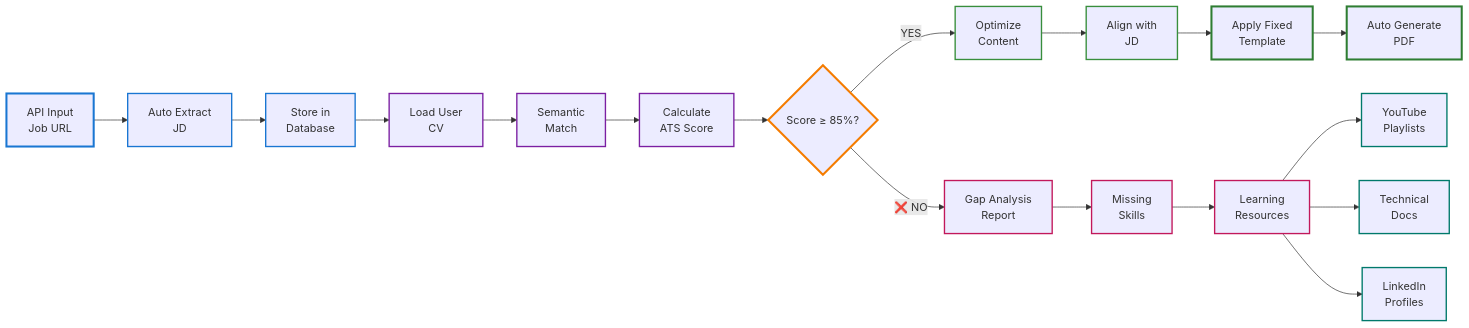
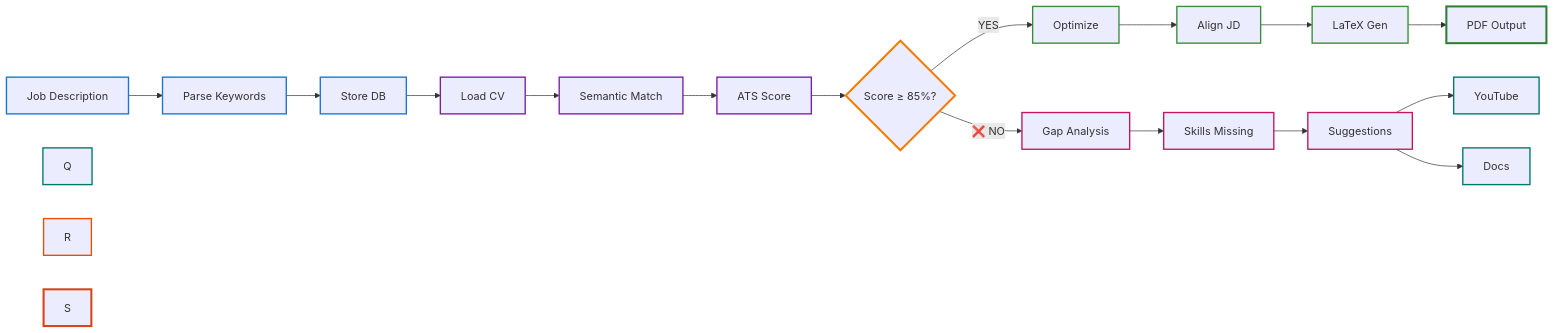
One commit to Kaviya242709/Resume-Builder- changed the second of 2 diagrams in README.md. Above: the diagram before and after it, drawn with Mermaid. The commit also changed other lines of this file, not shown here.

````diff
--- a/README.md
+++ b/README.md
@@ -58,46 +51,49 @@
 ```mermaid
 graph LR
-    A["API Input<br/>Job URL"] --> B["Auto Extract<br/>JD"]
-    B --> C["Store in<br/>Database"]
-    C --> D["Load User<br/>CV"]
-    D --> E["Semantic<br/>Match"]
-    E --> F["Calculate<br/>ATS Score"]
+    A["Job Description"] --> B["Parse Keywords"]
+    B --> C["Store DB"]
+    C --> D["Load CV"]
+    D --> E["Semantic Match"]
+    E --> F["ATS Score"]
     
     F --> G{Score ≥ 85%?}
     
-    G -->|YES| H["Optimize<br/>Content"]
-    H --> I["Align with<br/>JD"]
-    I --> J["Apply Fixed<br/>Template"]
-    J --> K["Auto Generate<br/>PDF"]
+    G -->|YES| H["Optimize"]
+    H --> I["Align JD"]
+    I --> J["LaTeX Gen"]
+    J --> K["PDF Output"]
     
-    G -->|❌ NO| L["Gap Analysis<br/>Report"]
-    L --> M["Missing<br/>Skills"]
-    M --> N["Learning<br/>Resources"]
+    G -->|❌ NO| L["Gap Analysis"]
+    L --> M["Skills Missing"]
+    M --> N[" Suggestions"]
     
-    N --> O["YouTube<br/>Playlists"]
-    N --> P["Technical<br/>Docs"]
-    N --> Q["LinkedIn<br/>Profiles"]
+    N --> O["YouTube"]
+    N --> P["Docs"]
     
-    style A stroke:#1976d2,stroke-width:3px
+    
+    style A stroke:#1976d2,stroke-width:2px
     style B stroke:#1976d2,stroke-width:2px
     style C stroke:#1976d2,stroke-width:2px
     
     style D stroke:#7b1fa2,stroke-width:2px
     style E stroke:#7b1fa2,stroke-width:2px
     style F stroke:#7b1fa2,stroke-width:2px
     
     style G stroke:#f57c00,stroke-width:3px
     
     style H stroke:#388e3c,stroke-width:2px
     style I stroke:#388e3c,stroke-width:2px
-    style J stroke:#2e7d32,stroke-width:3px
+    style J stroke:#388e3c,stroke-width:2px
     style K stroke:#2e7d32,stroke-width:3px
     
     style L stroke:#c2185b,stroke-width:2px
     style M stroke:#c2185b,stroke-width:2px
     style N stroke:#c2185b,stroke-width:2px
     
     style O stroke:#00796b,stroke-width:2px
     style P stroke:#00796b,stroke-width:2px
     style Q stroke:#00796b,stroke-width:2px
+    
+    style R stroke:#e65100,stroke-width:2px
+    style S stroke:#d84315,stroke-width:3px
 ```
````
